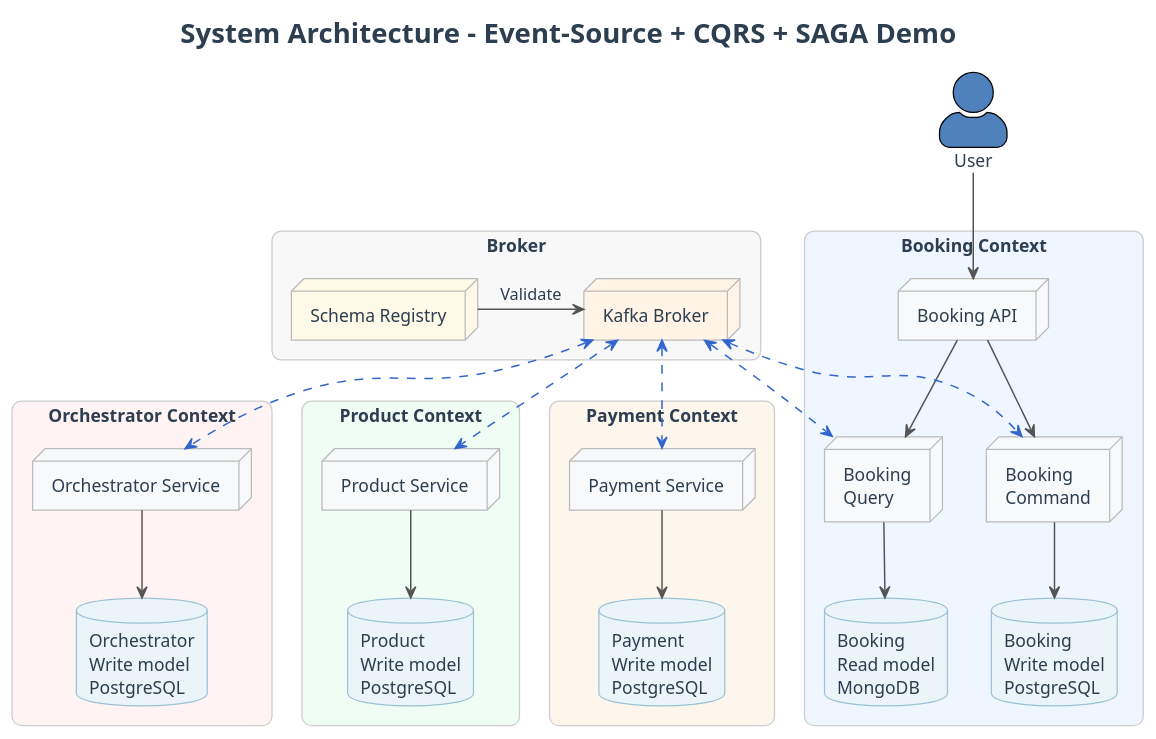
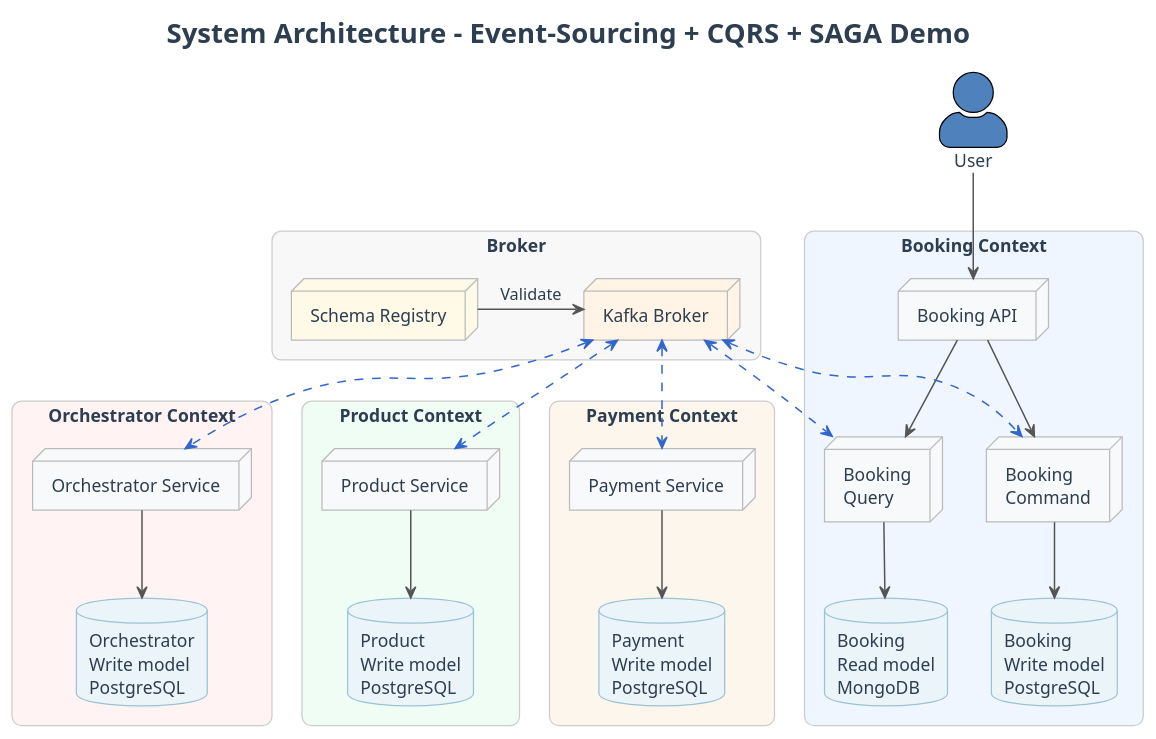
One commit to matiesmengo/event-sourcing-cqrs-demo changed the diagram in docs/images/architecture.puml. Above: the diagram before and after it, drawn with PlantUML. The commit also changed 1 other file, not shown here.

Commit message:
fix architecture image

```diff
--- a/docs/images/architecture.puml
+++ b/docs/images/architecture.puml
@@ -1,90 +1,90 @@
 @startuml
-title System Architecture - Event-Source + CQRS + SAGA Demo
+title System Architecture - Event-Sourcing + CQRS + SAGA Demo
 !theme plain
 
 ' ========= GLOBAL STYLING =========
 skinparam backgroundColor #FFFFFF
 skinparam defaultFontName "Inter, Segoe UI, Helvetica"
 skinparam defaultFontColor #2C3E50
 skinparam shadowing false
 skinparam arrowThickness 1.2
 skinparam arrowColor #555555
 
 skinparam rectangle {
     FontSize 14
     RoundCorner 15
     BorderColor #CCCCCC
     BackgroundColor #FAFAFA
 }
 skinparam database {
     BackgroundColor #EAF4F9
     BorderColor #9CC3D5
 }
 skinparam node {
     BackgroundColor #F8F9FA
     BorderColor #BBBBBB
 }
 skinparam component {
     BackgroundColor #F8F9FA
     BorderColor #BBBBBB
 }
 skinparam actorStyle awesome
 
 ' ========= ACTOR =========
 actor "User" as user #4F81BD
 
 ' ========= SERVICE CONTEXTS =========
 rectangle "<b>Booking Context</b>" as booking #EFF6FF {
     node "Booking API" as booking_api
     node "Booking\nCommand" as booking_service_command
     node "Booking\nQuery" as booking_service_query
     database "Booking\nWrite model\nPostgreSQL" as booking_write_db
     database "Booking\nRead model\nMongoDB" as booking_read_db
 }
 
 rectangle "<b>Orchestrator Context</b>" as orchestrator #FFF3F3 {
     node "Orchestrator Service" as saga
     database "Orchestrator\nWrite model\nPostgreSQL" as orchestrator_write_db
 }
 
 rectangle "<b>Broker</b>" as broker #F8F8F8 {
     node "Kafka Broker" as kafka #FFF4E6
     node "Schema Registry" as registry #FFF9E8
 }
 
 rectangle "<b>Product Context</b>" as product #F0FDF4 {
     node "Product Service" as product_service
     database "Product\nWrite model\nPostgreSQL" as product_write_db
 }
 
 rectangle "<b>Payment Context</b>" as payment #FDF6EC {
     node "Payment Service" as payment_service
     database "Payment\nWrite model\nPostgreSQL" as payment_write_db
 }
 
 ' ========= FLOWS =========
 
 ' User -> Booking
 user --> booking_api
 booking_api --> booking_service_command
 booking_api --> booking_service_query
 booking_service_command --> booking_write_db
 booking_service_query --> booking_read_db
 kafka <-[#3366CC,dashed]-> booking_service_command
 kafka <-[#3366CC,dashed]-> booking_service_query
 
 ' Booking & Orchestrator
 saga --> orchestrator_write_db
 kafka <-[#3366CC,dashed]-> saga
 
 ' Product
 product_service --> product_write_db
 kafka <-[#3366CC,dashed]-> product_service
 
 ' Payment
 kafka <-[#3366CC,dashed]-> payment_service
 payment_service --> payment_write_db
 
 ' DataBase
 registry  -> kafka : Validate
 @enduml
```
